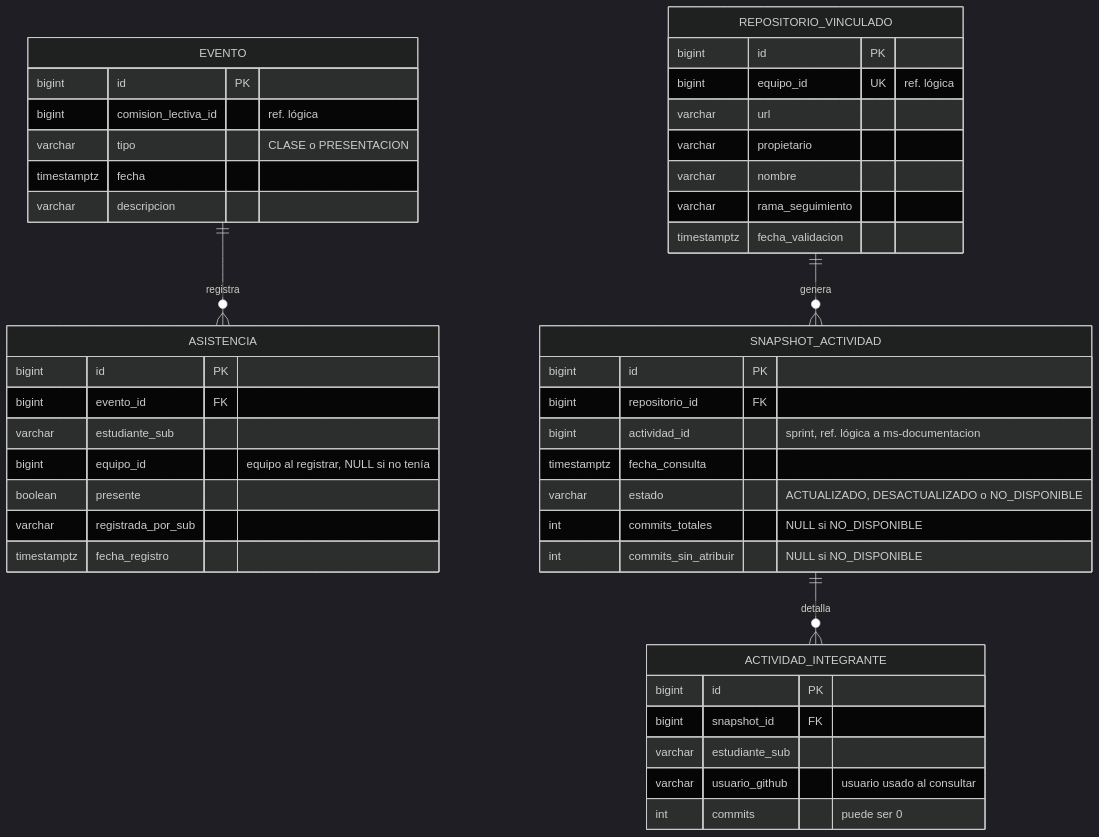
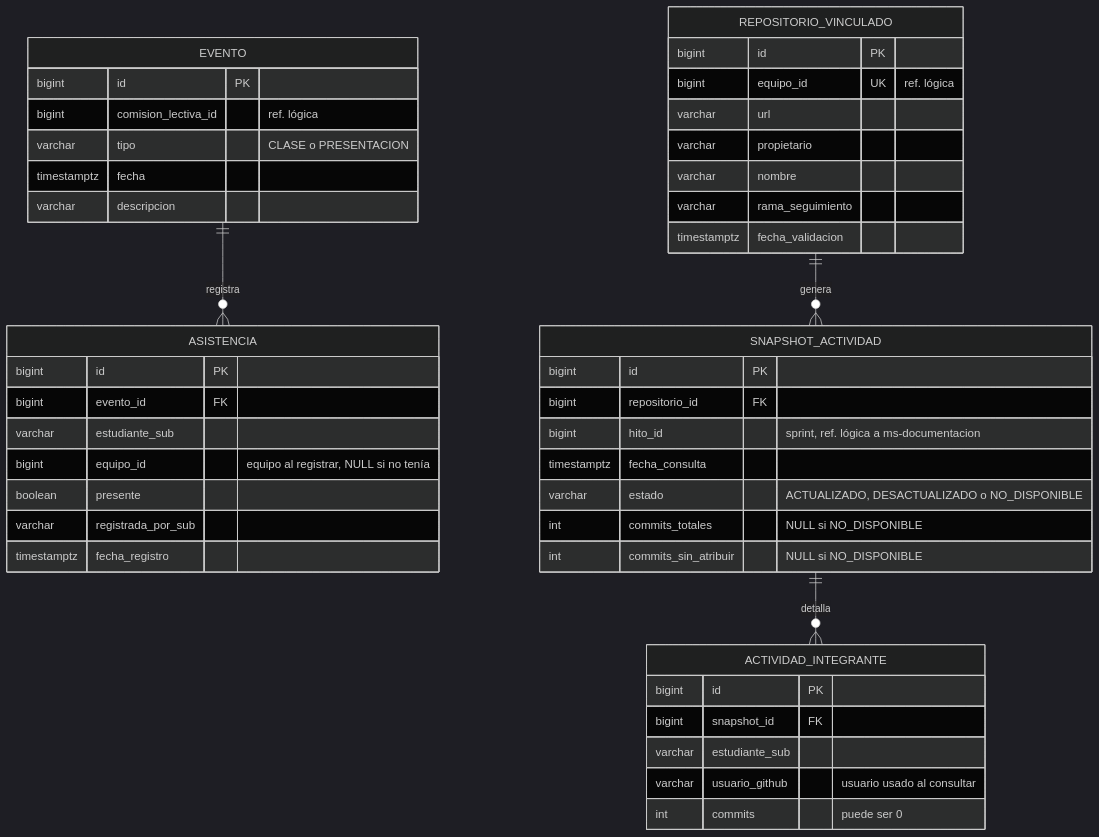
The third of 3 diagrams in docs/05-modelo-de-datos.md (nicovillacorta12/atenas), drawn with Mermaid (dark theme) before and after one commit. The commit also changed other lines of this file and 18 other files, not shown here.

````diff
--- a/docs/05-modelo-de-datos.md
+++ b/docs/05-modelo-de-datos.md
@@ -135,47 +134,47 @@
 ```mermaid
 erDiagram
     EVENTO ||--o{ ASISTENCIA : "registra"
     REPOSITORIO_VINCULADO ||--o{ SNAPSHOT_ACTIVIDAD : "genera"
     SNAPSHOT_ACTIVIDAD ||--o{ ACTIVIDAD_INTEGRANTE : "detalla"
     EVENTO {
         bigint id PK
         bigint comision_lectiva_id "ref. lógica"
         varchar tipo "CLASE o PRESENTACION"
         timestamptz fecha
         varchar descripcion
     }
     ASISTENCIA {
         bigint id PK
         bigint evento_id FK
         varchar estudiante_sub
         bigint equipo_id "equipo al registrar, NULL si no tenía"
         boolean presente
         varchar registrada_por_sub
         timestamptz fecha_registro
     }
     REPOSITORIO_VINCULADO {
         bigint id PK
         bigint equipo_id UK "ref. lógica"
         varchar url
         varchar propietario
         varchar nombre
         varchar rama_seguimiento
         timestamptz fecha_validacion
     }
     SNAPSHOT_ACTIVIDAD {
         bigint id PK
         bigint repositorio_id FK
-        bigint actividad_id "sprint, ref. lógica a ms-documentacion"
+        bigint hito_id "sprint, ref. lógica a ms-documentacion"
         timestamptz fecha_consulta
         varchar estado "ACTUALIZADO, DESACTUALIZADO o NO_DISPONIBLE"
         int commits_totales "NULL si NO_DISPONIBLE"
         int commits_sin_atribuir "NULL si NO_DISPONIBLE"
     }
     ACTIVIDAD_INTEGRANTE {
         bigint id PK
         bigint snapshot_id FK
         varchar estudiante_sub
         varchar usuario_github "usuario usado al consultar"
         int commits "puede ser 0"
     }
 ```
````
